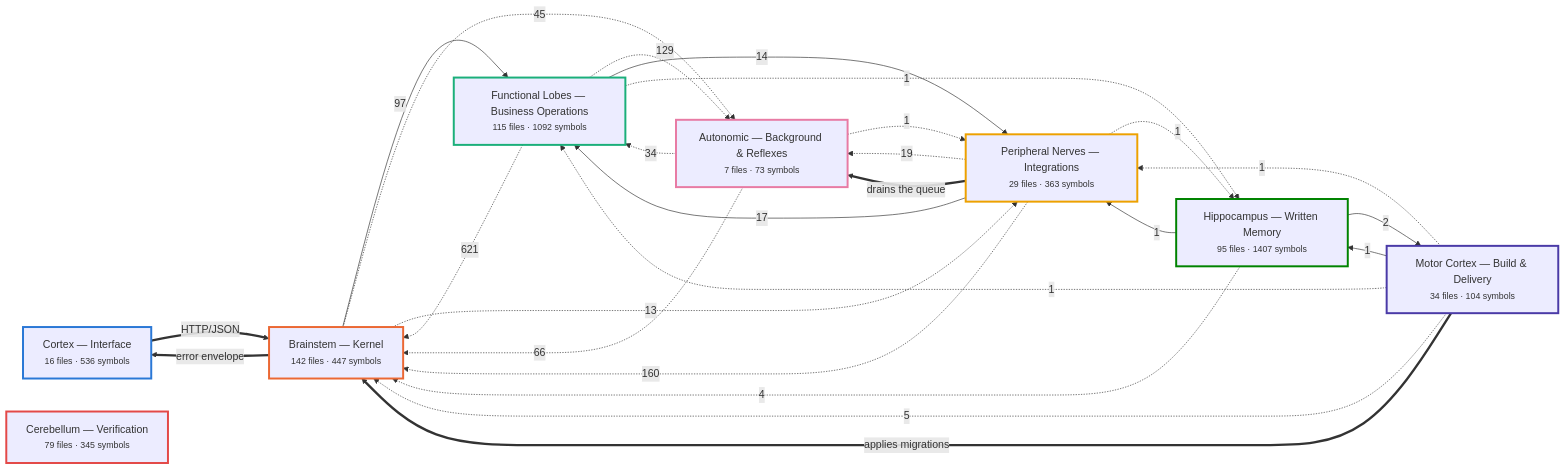
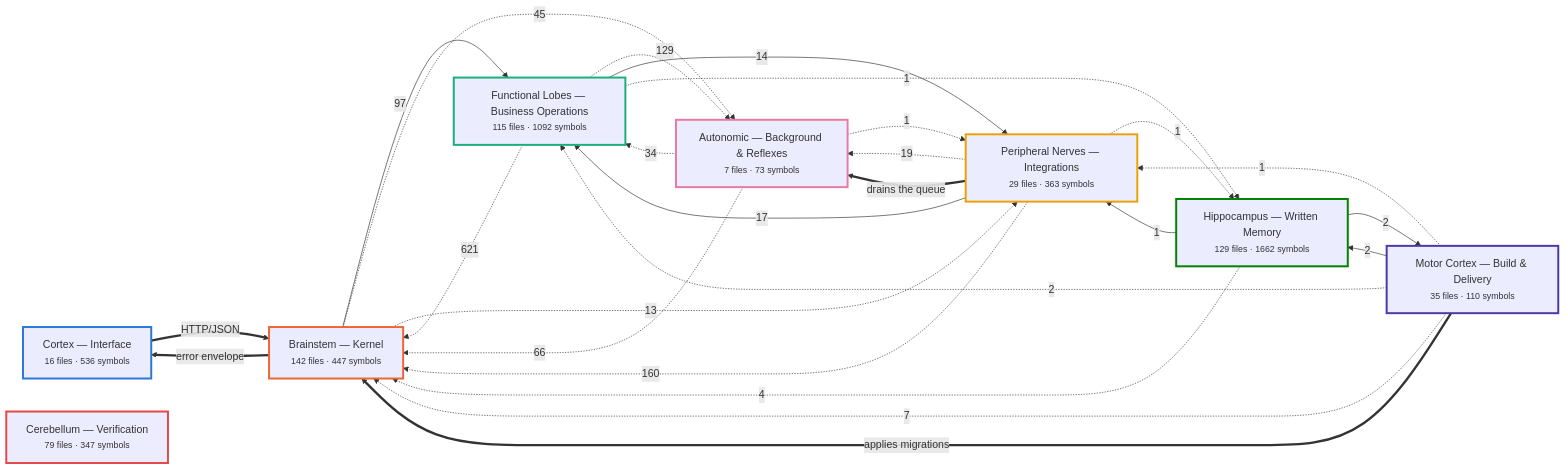
Before and after one commit to Vishalnayak226/custom_erp: the first of 7 diagrams in docs/brain/BRAIN.md, drawn with Mermaid. The commit also changed other lines of this file and 52 other files, not shown here.

````diff
--- a/docs/brain/BRAIN.md
+++ b/docs/brain/BRAIN.md
@@ -35,52 +35,52 @@
 ```mermaid
 flowchart LR
   n_cortex["Cortex — Interface<br/><small>16 files · 536 symbols</small>"]
   n_brainstem["Brainstem — Kernel<br/><small>142 files · 447 symbols</small>"]
   n_business["Functional Lobes — Business Operations<br/><small>115 files · 1092 symbols</small>"]
   n_peripheral["Peripheral Nerves — Integrations<br/><small>29 files · 363 symbols</small>"]
   n_autonomic["Autonomic — Background & Reflexes<br/><small>7 files · 73 symbols</small>"]
-  n_memory["Hippocampus — Written Memory<br/><small>95 files · 1407 symbols</small>"]
-  n_motor["Motor Cortex — Build & Delivery<br/><small>34 files · 104 symbols</small>"]
-  n_verification["Cerebellum — Verification<br/><small>79 files · 345 symbols</small>"]
+  n_memory["Hippocampus — Written Memory<br/><small>129 files · 1662 symbols</small>"]
+  n_motor["Motor Cortex — Build & Delivery<br/><small>35 files · 110 symbols</small>"]
+  n_verification["Cerebellum — Verification<br/><small>79 files · 347 symbols</small>"]
   n_business -.->|621| n_brainstem
   n_peripheral -.->|160| n_brainstem
   n_business -.->|129| n_autonomic
   n_brainstem -->|97| n_business
   n_autonomic -.->|66| n_brainstem
   n_brainstem -.->|45| n_autonomic
   n_autonomic -.->|34| n_business
   n_peripheral -.->|19| n_autonomic
   n_peripheral -->|17| n_business
   n_business -->|14| n_peripheral
   n_brainstem -.->|13| n_peripheral
-  n_motor -.->|5| n_brainstem
+  n_motor -.->|7| n_brainstem
   n_memory -.->|4| n_brainstem
   n_memory -->|2| n_motor
+  n_motor -->|2| n_memory
+  n_motor -.->|2| n_business
+  n_business -.->|1| n_memory
+  n_autonomic -.->|1| n_peripheral
+  n_memory -->|1| n_peripheral
+  n_motor -.->|1| n_peripheral
   n_peripheral -.->|1| n_memory
-  n_motor -.->|1| n_business
-  n_motor -->|1| n_memory
-  n_autonomic -.->|1| n_peripheral
-  n_business -.->|1| n_memory
-  n_motor -.->|1| n_peripheral
-  n_memory -->|1| n_peripheral
   n_brainstem ==>|error envelope| n_cortex
   n_cortex ==>|HTTP/JSON| n_brainstem
   n_motor ==>|applies migrations| n_brainstem
   n_peripheral ==>|drains the queue| n_autonomic
   classDef n_cortex stroke:#2a78d6,stroke-width:3px;
   class n_cortex n_cortex;
   classDef n_brainstem stroke:#eb6834,stroke-width:3px;
   class n_brainstem n_brainstem;
   classDef n_business stroke:#1baf7a,stroke-width:3px;
   class n_business n_business;
   classDef n_peripheral stroke:#eda100,stroke-width:3px;
   class n_peripheral n_peripheral;
   classDef n_autonomic stroke:#e87ba4,stroke-width:3px;
   class n_autonomic n_autonomic;
   classDef n_memory stroke:#008300,stroke-width:3px;
   class n_memory n_memory;
   classDef n_motor stroke:#4a3aa7,stroke-width:3px;
   class n_motor n_motor;
   classDef n_verification stroke:#e34948,stroke-width:3px;
   class n_verification n_verification;
 ```
````
